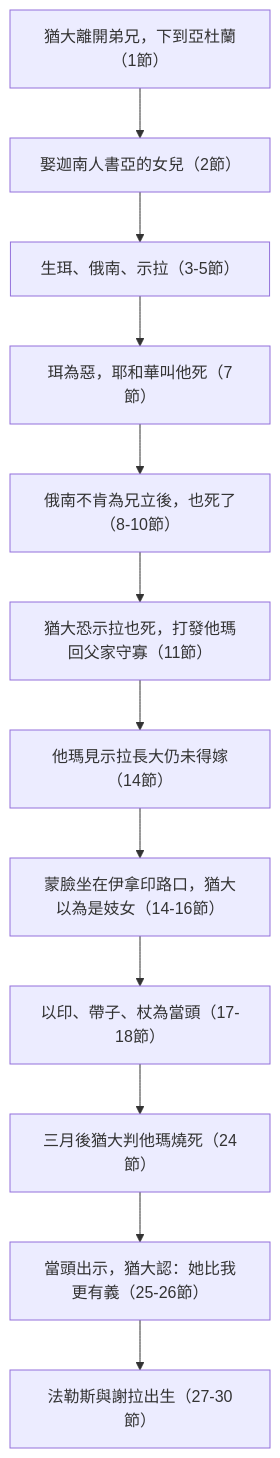
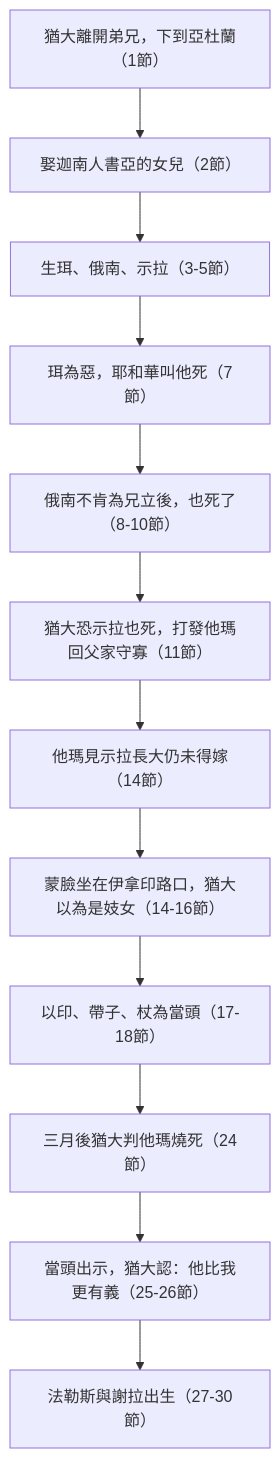
One commit to andyjr5566/Bible_wiki_zh_website changed the diagram in content/01 創世記/第38章.md. Above: the diagram before and after it, drawn with Mermaid. The commit also changed other lines of this file and 466 other files, not shown here.

````diff
--- a/content/01 創世記/第38章.md
+++ b/content/01 創世記/第38章.md
@@ -116,14 +212,14 @@
 ```mermaid
 flowchart TD
   A["猶大離開弟兄，下到亞杜蘭（1節）"] --> B["娶迦南人書亞的女兒（2節）"]
   B --> C["生珥、俄南、示拉（3-5節）"]
   C --> D["珥為惡，耶和華叫他死（7節）"]
   D --> E["俄南不肯為兄立後，也死了（8-10節）"]
   E --> F["猶大恐示拉也死，打發他瑪回父家守寡（11節）"]
   F --> G["他瑪見示拉長大仍未得嫁（14節）"]
   G --> H["蒙臉坐在伊拿印路口，猶大以為是妓女（14-16節）"]
   H --> I["以印、帶子、杖為當頭（17-18節）"]
   I --> J["三月後猶大判他瑪燒死（24節）"]
-  J --> K["當頭出示，猶大認：她比我更有義（25-26節）"]
+  J --> K["當頭出示，猶大認：他比我更有義（25-26節）"]
   K --> L["法勒斯與謝拉出生（27-30節）"]
 ```
````
